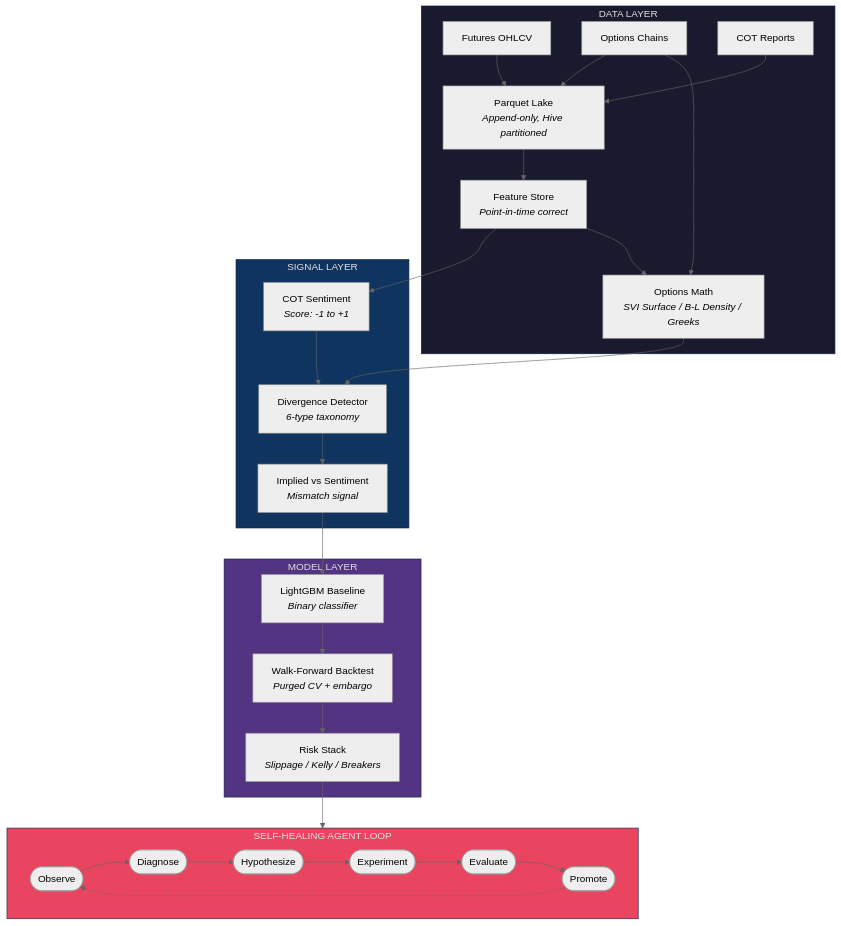
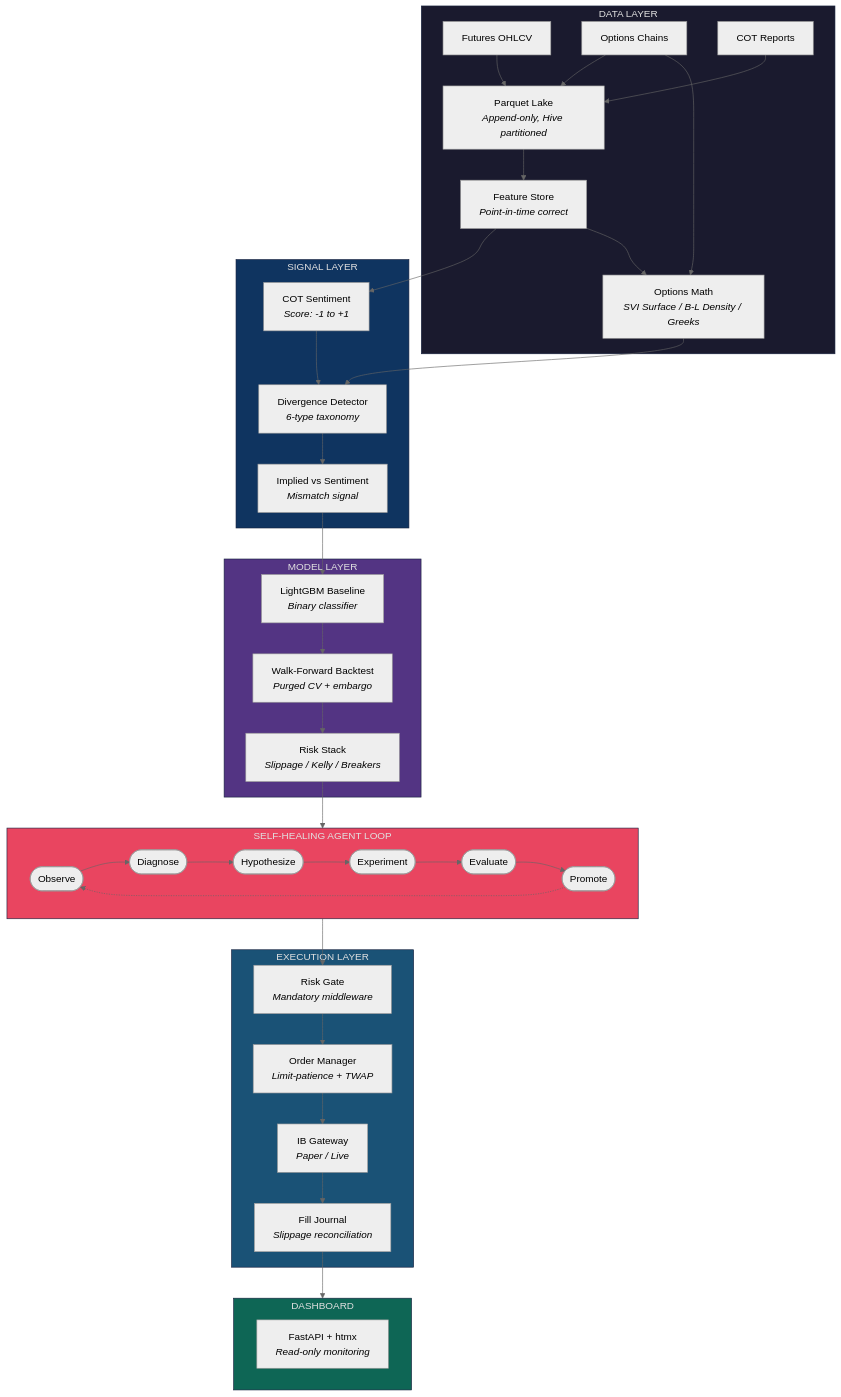
One commit to 001TMF/HYDRA changed the first of 3 diagrams in README.md. Above: the diagram before and after it, drawn with Mermaid (neutral theme). The commit also changed other lines of this file, not shown here.

````diff
--- a/README.md
+++ b/README.md
@@ -17,45 +17,61 @@
 ```mermaid
 graph TB
     subgraph DATA["DATA LAYER"]
         D1[Futures OHLCV]
         D2[Options Chains]
         D3[COT Reports]
         D4[Parquet Lake<br/><i>Append-only, Hive partitioned</i>]
         D5[Feature Store<br/><i>Point-in-time correct</i>]
         D6[Options Math<br/><i>SVI Surface / B-L Density / Greeks</i>]
     end
 
     subgraph SIGNAL["SIGNAL LAYER"]
         S1[COT Sentiment<br/><i>Score: -1 to +1</i>]
         S2[Divergence Detector<br/><i>6-type taxonomy</i>]
         S3[Implied vs Sentiment<br/><i>Mismatch signal</i>]
     end
 
     subgraph MODEL["MODEL LAYER"]
         M1[LightGBM Baseline<br/><i>Binary classifier</i>]
         M2[Walk-Forward Backtest<br/><i>Purged CV + embargo</i>]
         M3[Risk Stack<br/><i>Slippage / Kelly / Breakers</i>]
     end
 
     subgraph AGENT["SELF-HEALING AGENT LOOP"]
         A1([Observe]) --> A2([Diagnose])
         A2 --> A3([Hypothesize])
         A3 --> A4([Experiment])
         A4 --> A5([Evaluate])
         A5 --> A6([Promote])
         A6 -.-> A1
     end
 
+    subgraph EXEC["EXECUTION LAYER"]
+        E1[IB Gateway<br/><i>Paper / Live</i>]
+        E2[Risk Gate<br/><i>Mandatory middleware</i>]
+        E3[Order Manager<br/><i>Limit-patience + TWAP</i>]
+        E4[Fill Journal<br/><i>Slippage reconciliation</i>]
+    end
+
+    subgraph DASH["DASHBOARD"]
+        F1[FastAPI + htmx<br/><i>Read-only monitoring</i>]
+    end
+
     D1 & D2 & D3 --> D4 --> D5
     D2 --> D6
     D5 --> S1 & D6
     S1 & D6 --> S2 --> S3
     S3 --> M1 --> M2
     M2 --> M3
     M3 --> AGENT
+    AGENT --> E2 --> E3 --> E1
+    E1 --> E4
+    E4 --> DASH
 
     style DATA fill:#1a1a2e,stroke:#16213e,color:#e0e0e0
     style SIGNAL fill:#0f3460,stroke:#16213e,color:#e0e0e0
     style MODEL fill:#533483,stroke:#16213e,color:#e0e0e0
     style AGENT fill:#e94560,stroke:#16213e,color:#e0e0e0
+    style EXEC fill:#1a5276,stroke:#16213e,color:#e0e0e0
+    style DASH fill:#0e6655,stroke:#16213e,color:#e0e0e0
 ```
````
